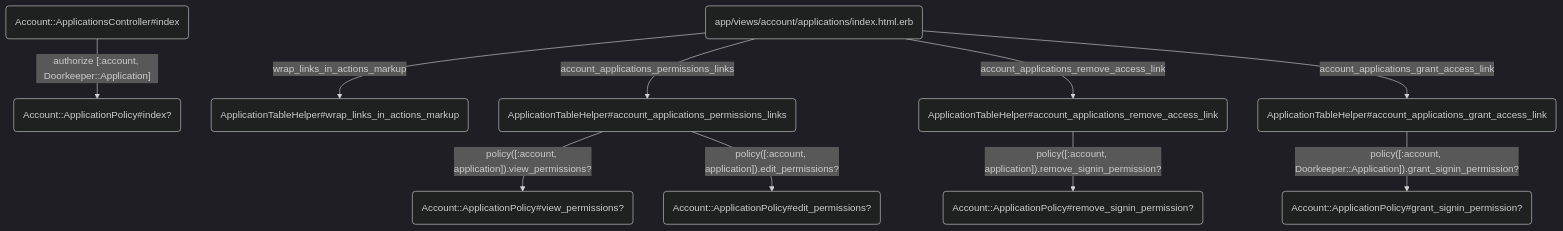
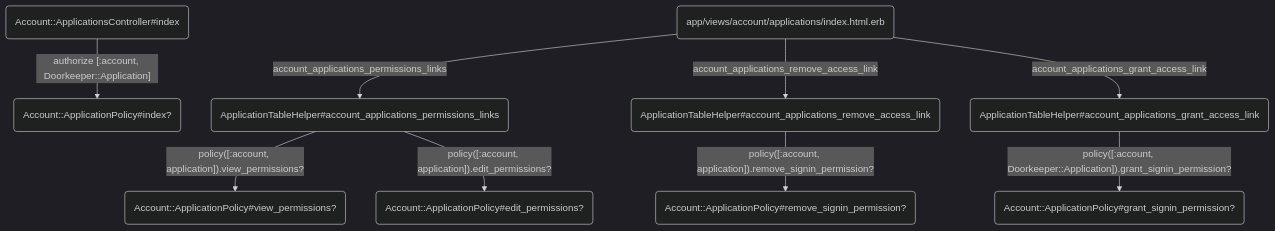
One commit to alphagov/signon changed the second of 18 diagrams in docs/access_and_permissions.md. Above: the diagram before and after it, drawn with Mermaid (dark theme). The commit also changed other lines of this file and 6 other files, not shown here.

First line of the commit message:
Update applications table layout

````diff
--- a/docs/access_and_permissions.md
+++ b/docs/access_and_permissions.md
@@ -68,12 +68,11 @@
 ```mermaid
 flowchart TD
     A(Account::ApplicationsController#index) --authorize [:account, Doorkeeper::Application]--> B(Account::ApplicationPolicy#index?)
-    C(app/views/account/applications/index.html.erb) --wrap_links_in_actions_markup--> D(ApplicationTableHelper#wrap_links_in_actions_markup)
-    C --account_applications_permissions_links--> E(ApplicationTableHelper#account_applications_permissions_links)
-    E --policy([:account, application]).view_permissions?--> F(Account::ApplicationPolicy#view_permissions?)
-    E --policy([:account, application]).edit_permissions?--> G(Account::ApplicationPolicy#edit_permissions?)
-    C --account_applications_remove_access_link--> H(ApplicationTableHelper#account_applications_remove_access_link)
-    H --policy([:account, application]).remove_signin_permission?--> I(Account::ApplicationPolicy#remove_signin_permission?)
-    C --account_applications_grant_access_link--> J(ApplicationTableHelper#account_applications_grant_access_link)
-    J --policy([:account, Doorkeeper::Application]).grant_signin_permission?--> K(Account::ApplicationPolicy#grant_signin_permission?)
+    C(app/views/account/applications/index.html.erb) --account_applications_permissions_links--> D(ApplicationTableHelper#account_applications_permissions_links)
+    D --policy([:account, application]).view_permissions?--> E(Account::ApplicationPolicy#view_permissions?)
+    D --policy([:account, application]).edit_permissions?--> F(Account::ApplicationPolicy#edit_permissions?)
+    C --account_applications_remove_access_link--> G(ApplicationTableHelper#account_applications_remove_access_link)
+    G --policy([:account, application]).remove_signin_permission?--> H(Account::ApplicationPolicy#remove_signin_permission?)
+    C --account_applications_grant_access_link--> I(ApplicationTableHelper#account_applications_grant_access_link)
+    I --policy([:account, Doorkeeper::Application]).grant_signin_permission?--> J(Account::ApplicationPolicy#grant_signin_permission?)
 ```
````
